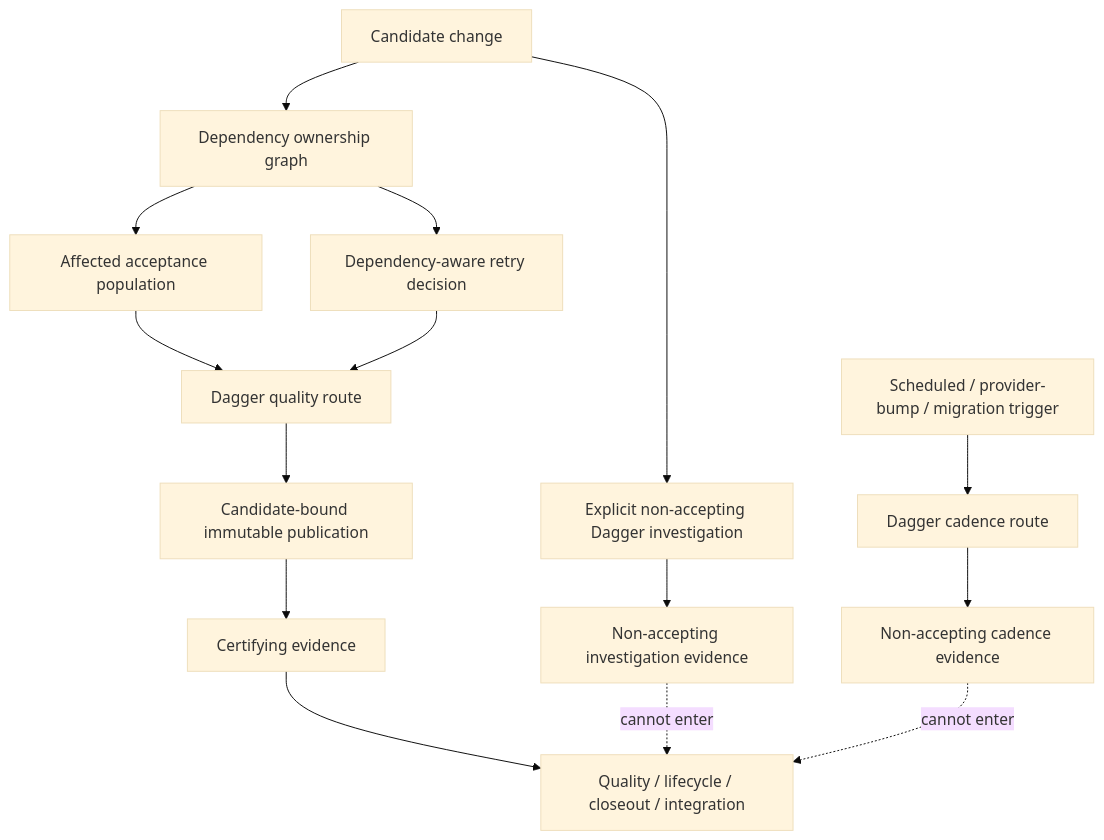
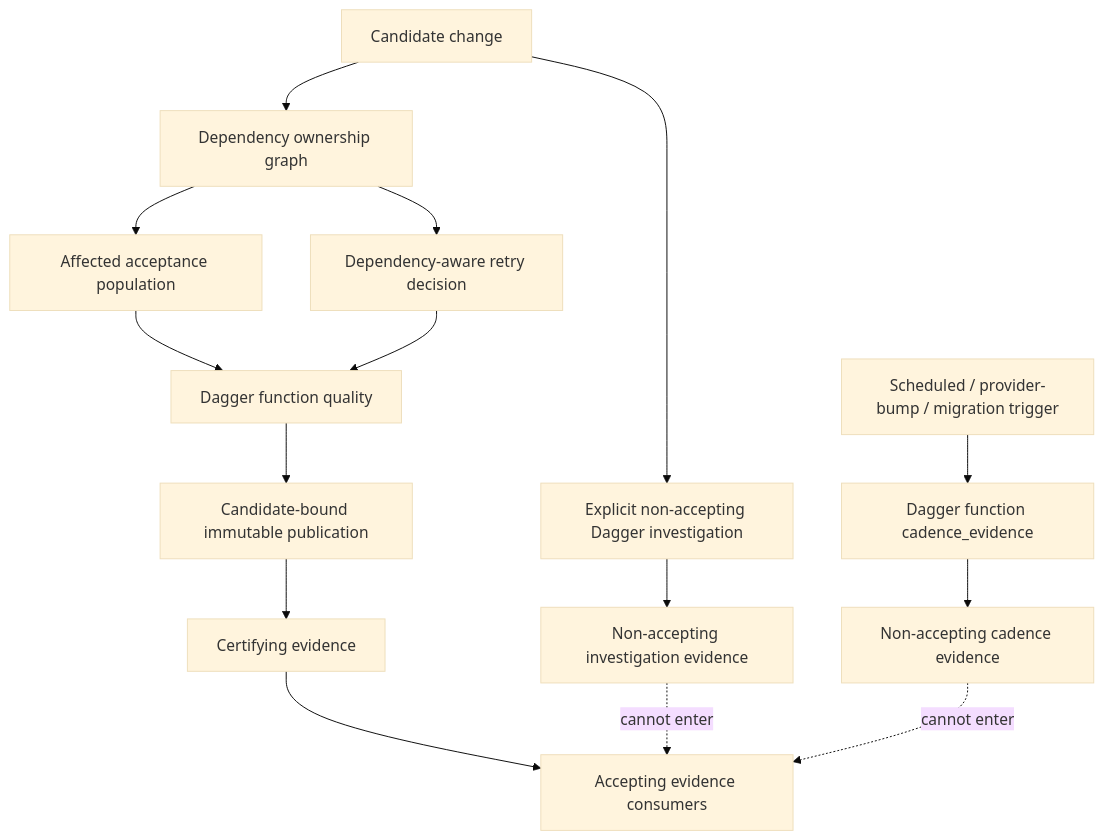
Before and after one commit to Foxfire1st/agents-remember: the diagram in docs/design/python-evidence-system.md, drawn with Mermaid (base theme). The commit also changed other lines of this file and 106 other files, not shown here.

````diff
--- a/docs/design/python-evidence-system.md
+++ b/docs/design/python-evidence-system.md
@@ -8,20 +19,20 @@
 ```mermaid
 flowchart TD
     C[Candidate change] --> O[Dependency ownership graph]
     O --> A[Affected acceptance population]
     O --> R[Dependency-aware retry decision]
-    A --> Q[Dagger quality route]
+    A --> Q[Dagger function quality]
     R --> Q
 
     C --> I[Explicit non-accepting Dagger investigation]
-    S[Scheduled / provider-bump / migration trigger] --> K[Dagger cadence route]
+    S[Scheduled / provider-bump / migration trigger] --> K[Dagger function cadence_evidence]
 
     Q --> P[Candidate-bound immutable publication]
     P --> E[Certifying evidence]
-    E --> L[Quality / lifecycle / closeout / integration]
+    E --> L[Accepting evidence consumers]
 
     I --> N[Non-accepting investigation evidence]
     K --> N2[Non-accepting cadence evidence]
     N -. cannot enter .-> L
     N2 -. cannot enter .-> L
 ```
````
